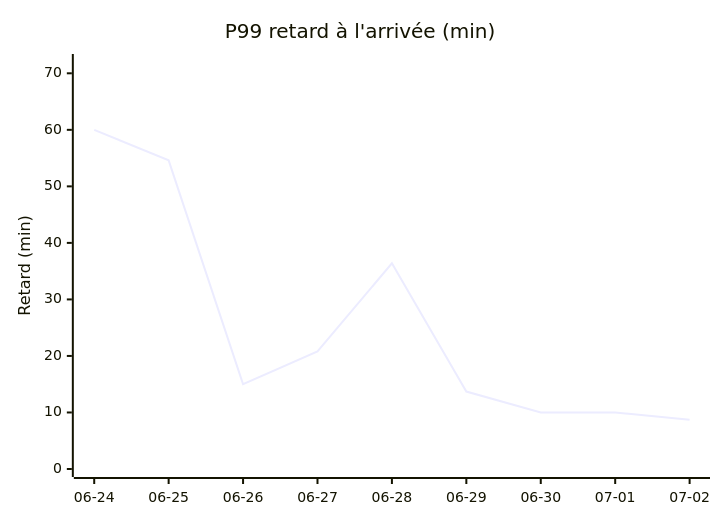
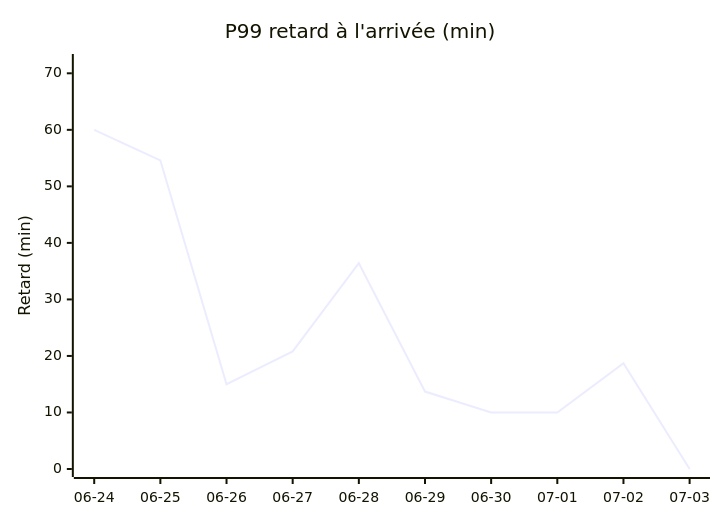
The second of 4 diagrams in STATS.md (antoinerep/horaire-ter), drawn with Mermaid before and after one commit. The commit also changed other lines of this file and 1 other file, not shown here.

````diff
--- a/STATS.md
+++ b/STATS.md
@@ -39,7 +39,7 @@
 ```mermaid
 xychart-beta
     title "P99 retard à l'arrivée (min)"
-    x-axis ["06-24", "06-25", "06-26", "06-27", "06-28", "06-29", "06-30", "07-01", "07-02"]
+    x-axis ["06-24", "06-25", "06-26", "06-27", "06-28", "06-29", "06-30", "07-01", "07-02", "07-03"]
     y-axis "Retard (min)" 0 --> 72
-    line [60.0, 54.6, 15.0, 20.8, 36.4, 13.7, 10.0, 10.0, 8.7]
+    line [60.0, 54.6, 15.0, 20.8, 36.4, 13.7, 10.0, 10.0, 18.7, 0.0]
 ```
````
